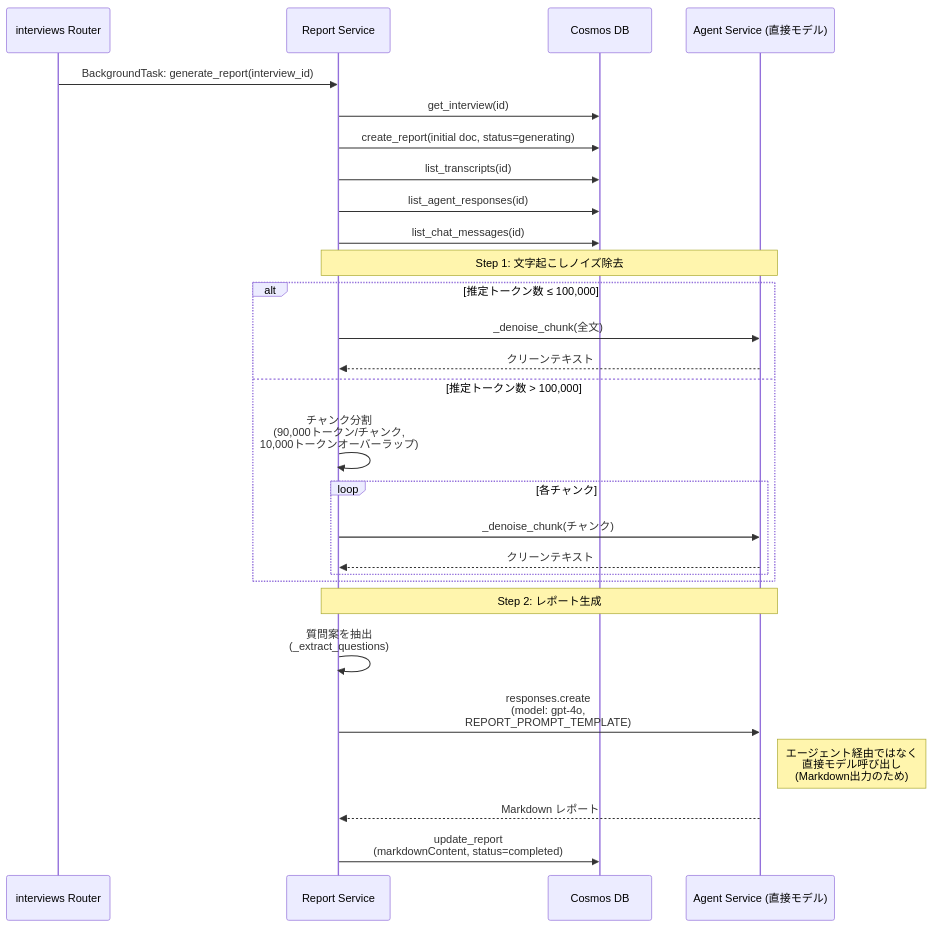
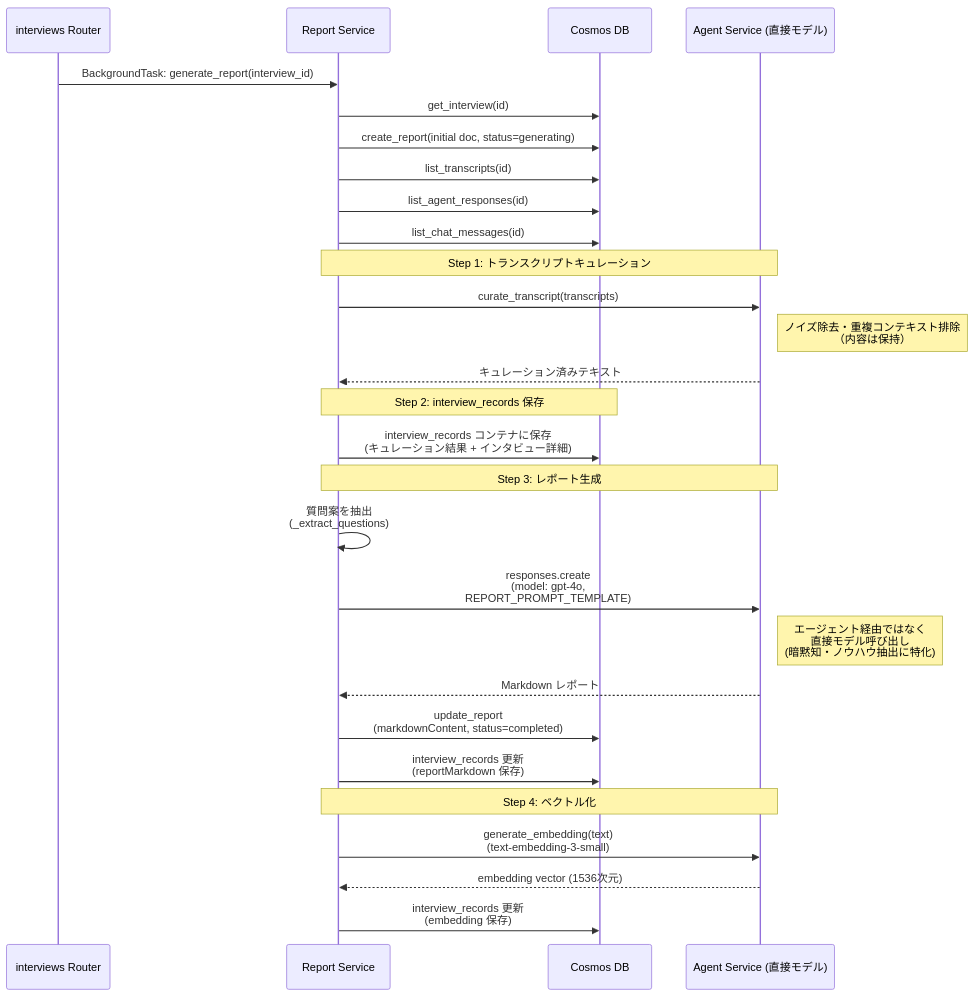
One commit to hatasaki/Interview-Assistant-AI changed diagram 13 of 24 in spec/architecture.md. Above: the diagram before and after it, drawn with Mermaid. The commit also changed other lines of this file and 22 other files, not shown here.

````diff
--- a/spec/architecture.md
+++ b/spec/architecture.md
@@ -518,34 +526,36 @@
 ```mermaid
 sequenceDiagram
     participant API as interviews Router
     participant RPT as Report Service
     participant DB as Cosmos DB
     participant AGT as Agent Service (直接モデル)
 
     API->>RPT: BackgroundTask: generate_report(interview_id)
     RPT->>DB: get_interview(id)
     RPT->>DB: create_report(initial doc, status=generating)
     RPT->>DB: list_transcripts(id)
     RPT->>DB: list_agent_responses(id)
     RPT->>DB: list_chat_messages(id)
 
-    Note over RPT,AGT: Step 1: 文字起こしノイズ除去
-    alt 推定トークン数 ≤ 100,000
-        RPT->>AGT: _denoise_chunk(全文)
-        AGT-->>RPT: クリーンテキスト
-    else 推定トークン数 > 100,000
-        RPT->>RPT: チャンク分割<br/>(90,000トークン/チャンク,<br/>10,000トークンオーバーラップ)
-        loop 各チャンク
-            RPT->>AGT: _denoise_chunk(チャンク)
-            AGT-->>RPT: クリーンテキスト
-        end
-    end
+    Note over RPT,AGT: Step 1: トランスクリプトキュレーション
+    RPT->>AGT: curate_transcript(transcripts)
+    Note right of AGT: ノイズ除去・重複コンテキスト排除<br/>（内容は保持）
+    AGT-->>RPT: キュレーション済みテキスト
 
-    Note over RPT,AGT: Step 2: レポート生成
+    Note over RPT,DB: Step 2: interview_records 保存
+    RPT->>DB: interview_records コンテナに保存<br/>(キュレーション結果 + インタビュー詳細)
+
+    Note over RPT,AGT: Step 3: レポート生成
     RPT->>RPT: 質問案を抽出<br/>(_extract_questions)
     RPT->>AGT: responses.create<br/>(model: gpt-4o,<br/>REPORT_PROMPT_TEMPLATE)
-    Note right of AGT: エージェント経由ではなく<br/>直接モデル呼び出し<br/>(Markdown出力のため)
+    Note right of AGT: エージェント経由ではなく<br/>直接モデル呼び出し<br/>(暗黙知・ノウハウ抽出に特化)
     AGT-->>RPT: Markdown レポート
 
     RPT->>DB: update_report<br/>(markdownContent, status=completed)
+    RPT->>DB: interview_records 更新<br/>(reportMarkdown 保存)
+
+    Note over RPT,AGT: Step 4: ベクトル化
+    RPT->>AGT: generate_embedding(text)<br/>(text-embedding-3-small)
+    AGT-->>RPT: embedding vector (1536次元)
+    RPT->>DB: interview_records 更新<br/>(embedding 保存)
 ```
````
